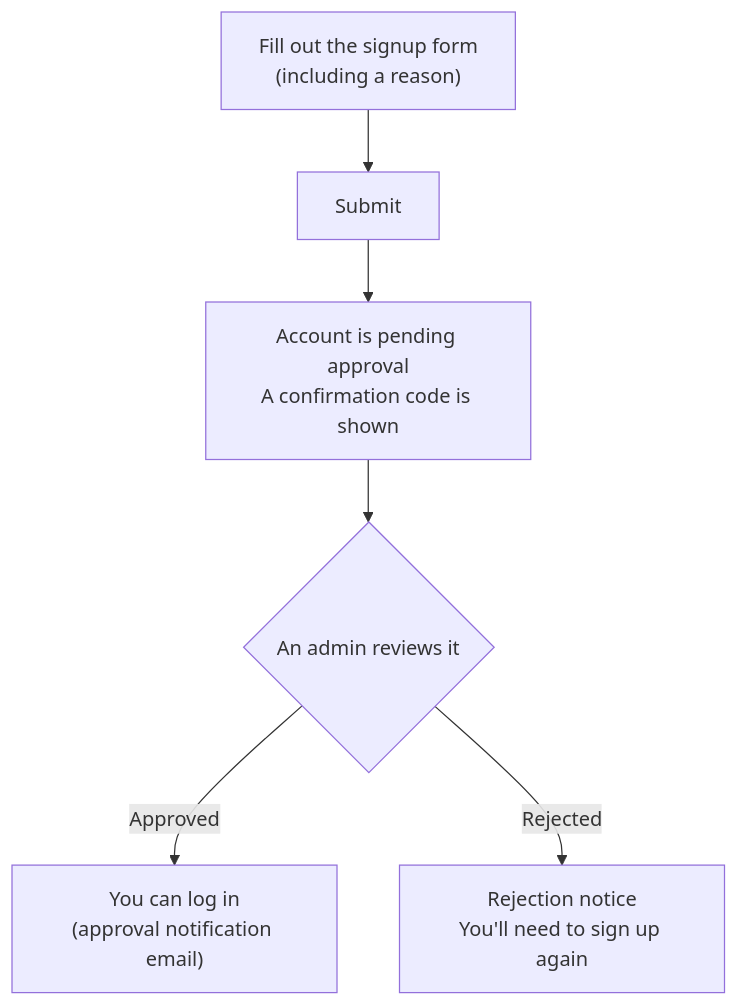
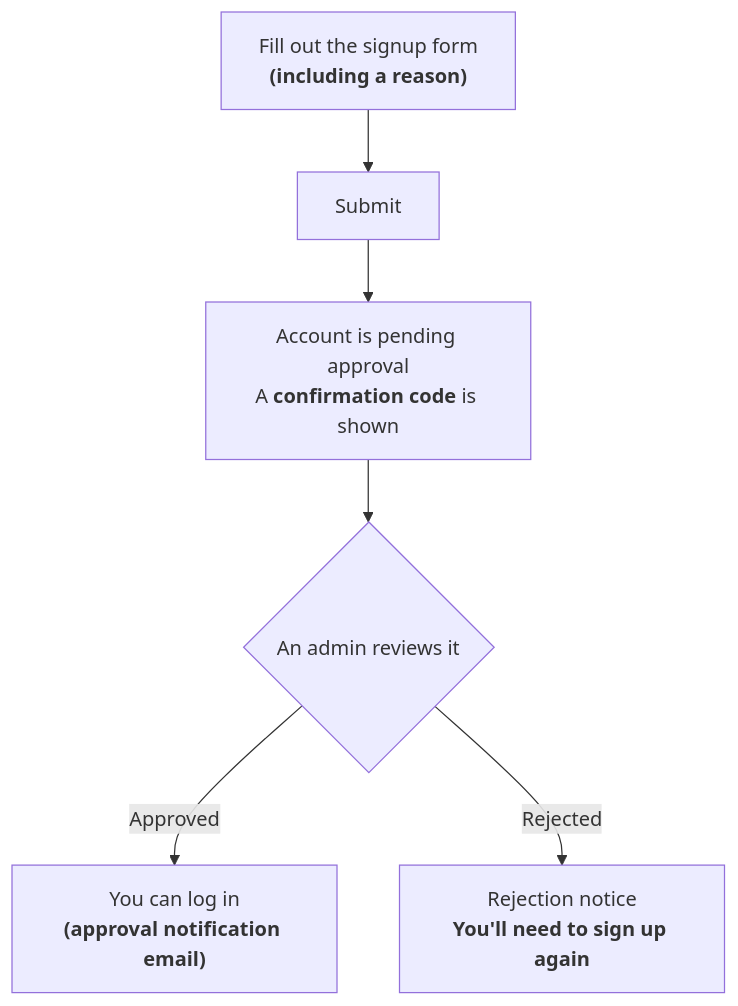
Before and after one commit to Zel9278/docs.mk-juice.dev: the diagram in docs/en/juice/approval-signup.md, drawn with Mermaid. The commit also changed 1 other file, not shown here.

Commit message:
fix: Mermaid図のノードラベルにMarkdown文字列記法(バッククォート)を使い太字を有効化
通常のダブルクォート囲みだと**強調**がそのまま文字列として表示されて
いたため、ラベルをバッククォートで囲むMermaidのMarkdown文字列記法に
変更(日英両方)。

Claude-Session: https://claude.ai/code/session_013bL1HKHayd8mZ2jzCnCP5Z

````diff
--- a/docs/en/juice/approval-signup.md
+++ b/docs/en/juice/approval-signup.md
@@ -7,8 +7,8 @@
 ```mermaid
 flowchart TD
-    A["Fill out the signup form<br/>(including a reason)"] --> B[Submit]
-    B --> C["Account is pending approval<br/>A confirmation code is shown"]
+    A["`Fill out the signup form<br/>**(including a reason)**`"] --> B[Submit]
+    B --> C["`Account is pending approval<br/>A **confirmation code** is shown`"]
     C --> D{An admin reviews it}
-    D -->|Approved| E["You can log in<br/>(approval notification email)"]
-    D -->|Rejected| F["Rejection notice<br/>You'll need to sign up again"]
+    D -->|Approved| E["`You can log in<br/>**(approval notification email)**`"]
+    D -->|Rejected| F["`Rejection notice<br/>**You'll need to sign up again**`"]
 ```
````
